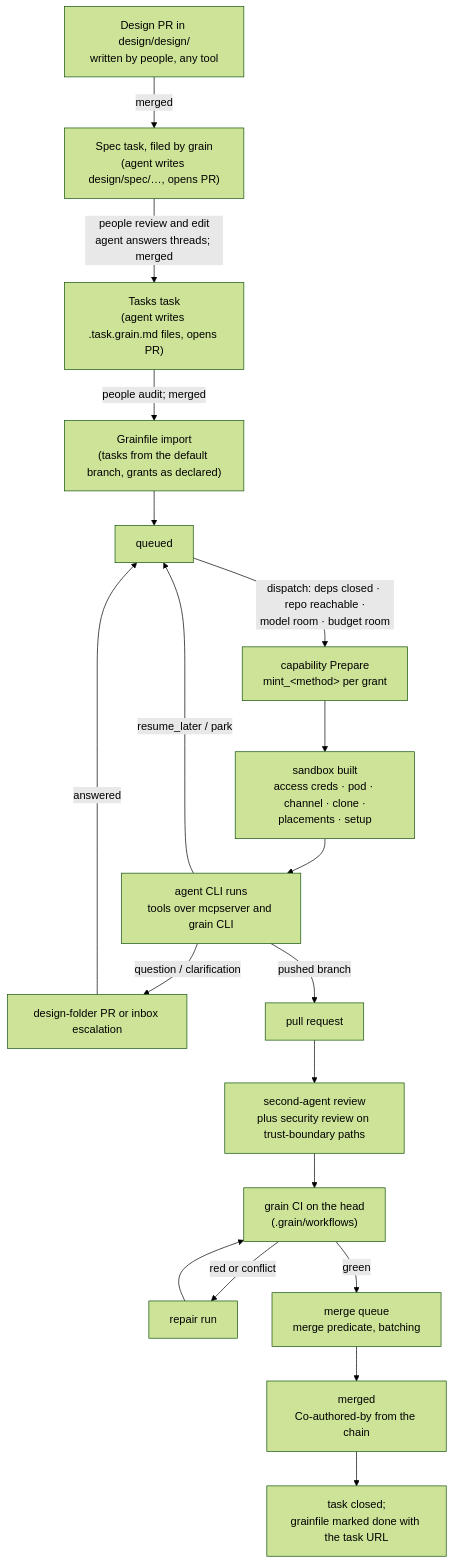
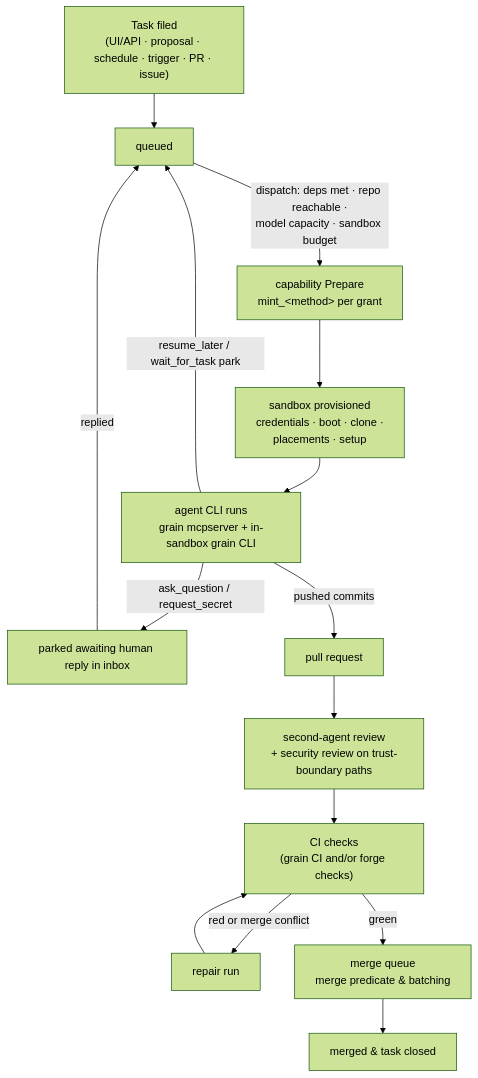
Before and after one commit to ai-on-gke/grain: the third of 3 diagrams in design/design/architecture.design.md, drawn with Mermaid (forest theme). The commit also changed other lines of this file, not shown here.

````diff
--- a/design/design/architecture.design.md
+++ b/design/design/architecture.design.md
@@ -248,20 +262,16 @@
 ```mermaid
 flowchart TD
-  D["Design PR in design/design/<br/>written by people, any tool"] -->|merged| S["Spec task, filed by grain<br/>(agent writes design/spec/…, opens PR)"]
-  S -->|"people review and edit<br/>agent answers threads; merged"| T["Tasks task<br/>(agent writes .task.grain.md files, opens PR)"]
-  T -->|"people audit; merged"| I["Grainfile import<br/>(tasks from the default branch, grants as declared)"]
-  I --> Q[queued]
-  Q -->|"dispatch: deps closed · repo reachable ·<br/>model room · budget room"| P["capability Prepare<br/>mint_&lt;method&gt; per grant"]
-  P --> B["sandbox built<br/>access creds · pod · channel · clone ·<br/>placements · setup"]
-  B --> R["agent CLI runs<br/>tools over mcpserver and grain CLI"]
-  R -->|"question / clarification"| X["design-folder PR or inbox escalation"]
-  X -->|"answered"| Q
-  R -->|"resume_later / park"| Q
-  R -->|"pushed branch"| PR[pull request]
-  PR --> RV["second-agent review<br/>plus security review on trust-boundary paths"]
-  RV --> CI["grain CI on the head<br/>(.grain/workflows)"]
-  CI -->|red or conflict| RP[repair run] --> CI
-  CI -->|green| MQ["merge queue<br/>merge predicate, batching"]
-  MQ --> M["merged<br/>Co-authored-by from the chain"]
-  M --> DONE["task closed;<br/>grainfile marked done with the task URL"]
+  F["Task filed<br/>(UI/API · proposal · schedule · trigger · PR · issue)"] --> Q[queued]
+  Q -->|"dispatch: deps met · repo reachable ·<br/>model capacity · sandbox budget"| P["capability Prepare<br/>mint_&lt;method&gt; per grant"]
+  P --> B["sandbox provisioned<br/>credentials · boot · clone ·<br/>placements · setup"]
+  B --> R["agent CLI runs<br/>grain mcpserver + in-sandbox grain CLI"]
+  R -->|"ask_question / request_secret"| IN["parked awaiting human reply in inbox"]
+  IN -->|"replied"| Q
+  R -->|"resume_later / wait_for_task park"| Q
+  R -->|"pushed commits"| PR[pull request]
+  PR --> RV["second-agent review<br/>+ security review on trust-boundary paths"]
+  RV --> CI["CI checks<br/>(grain CI and/or forge checks)"]
+  CI -->|red or merge conflict| RP[repair run] --> CI
+  CI -->|green| MQ["merge queue<br/>merge predicate & batching"]
+  MQ --> M["merged & task closed"]
 ```
````
